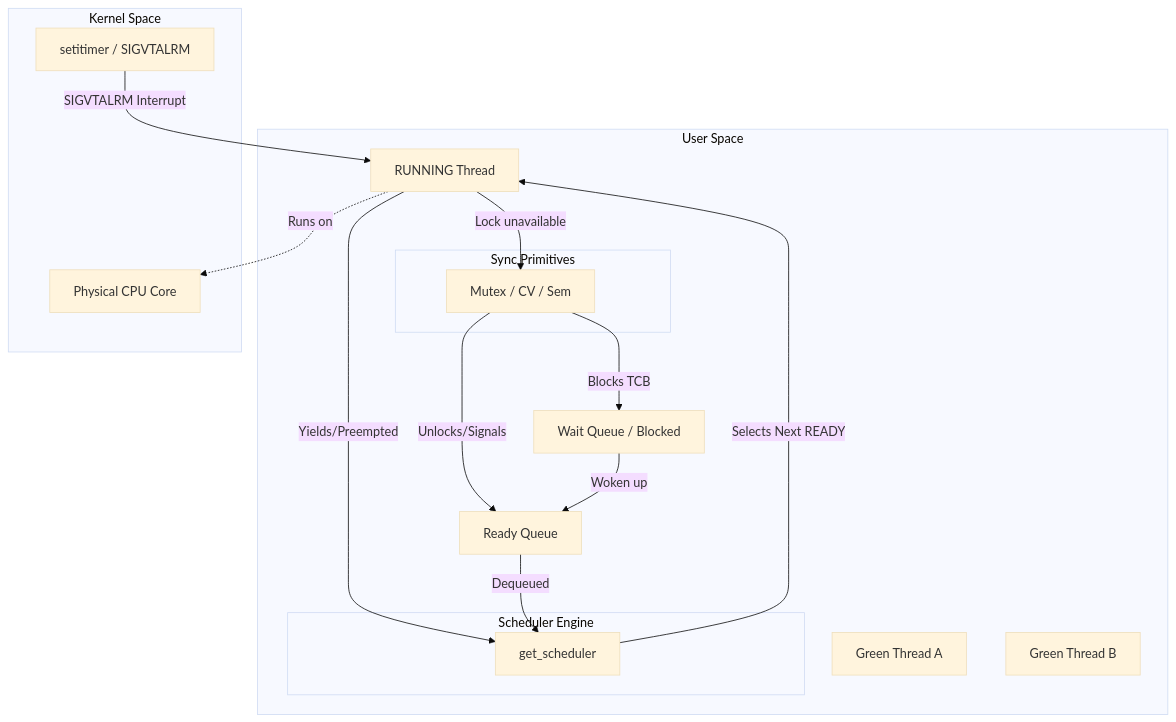
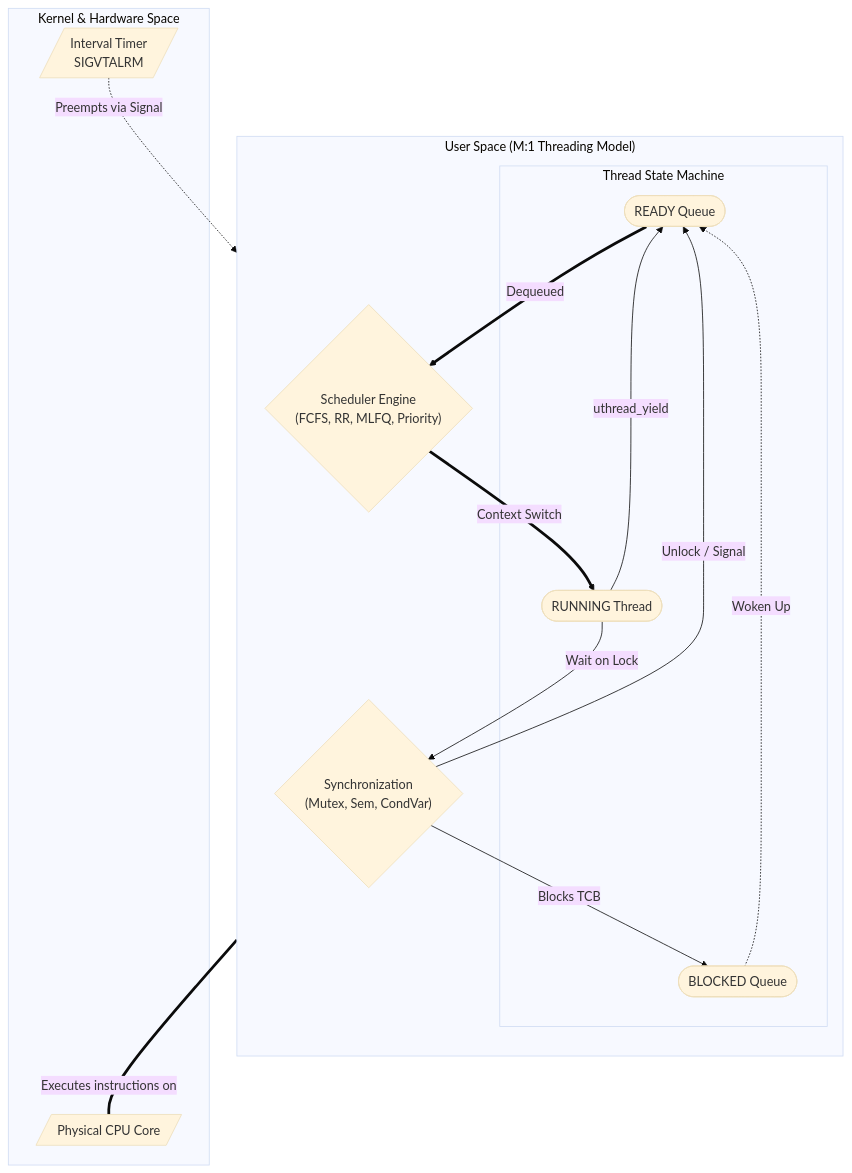
One commit to keya-x/uthread-lib changed the diagram in README.md. Above: the diagram before and after it, drawn with Mermaid (base theme).

Commit message:
add visualization

````diff
--- a/README.md
+++ b/README.md
@@ -11,33 +11,31 @@
 ```mermaid
-graph TD
-    subgraph User Space
-        ThreadA[Green Thread A]
-        ThreadB[Green Thread B]
-        Running[RUNNING Thread]
-        ReadyQ[Ready Queue]
-        WaitQ[Wait Queue / Blocked]
+flowchart TB
+    subgraph UserSpace ["User Space (M:1 Threading Model)"]
+        direction TB
         
-        subgraph Scheduler Engine
-            Sched[get_scheduler]
+        subgraph States ["Thread State Machine"]
+            Ready([READY Queue])
+            Running([RUNNING Thread])
+            Blocked([BLOCKED Queue])
         end
         
-        subgraph Sync Primitives
-            Mutex[Mutex / CV / Sem]
-        end
+        Scheduler{"Scheduler Engine\n(FCFS, RR, MLFQ, Priority)"}
+        Sync{"Synchronization\n(Mutex, Sem, CondVar)"}
+        
+        Ready ==>|Dequeued| Scheduler
+        Scheduler ==>|Context Switch| Running
+        Running -->|uthread_yield| Ready
+        Running -->|Wait on Lock| Sync
+        Sync -->|Blocks TCB| Blocked
+        Sync -->|Unlock / Signal| Ready
+        Blocked -.->|Woken Up| Ready
     end
 
-    subgraph Kernel Space
-        Timer[setitimer / SIGVTALRM]
-        CPU[Physical CPU Core]
+    subgraph KernelSpace ["Kernel & Hardware Space"]
+        Timer[/Interval Timer<br>SIGVTALRM/]
+        CPU[/Physical CPU Core/]
     end
 
-    Running -->|Yields/Preempted| Sched
-    Timer -->|SIGVTALRM Interrupt| Running
-    Sched -->|Selects Next READY| Running
-    Running -->|Lock unavailable| Mutex
-    Mutex -->|Blocks TCB| WaitQ
-    Mutex -->|Unlocks/Signals| ReadyQ
-    WaitQ -->|Woken up| ReadyQ
-    ReadyQ -->|Dequeued| Sched
-    Running -.->|Runs on| CPU
+    Timer -.->|Preempts via Signal| Running
+    Running ===|Executes instructions on| CPU
 ```
````
